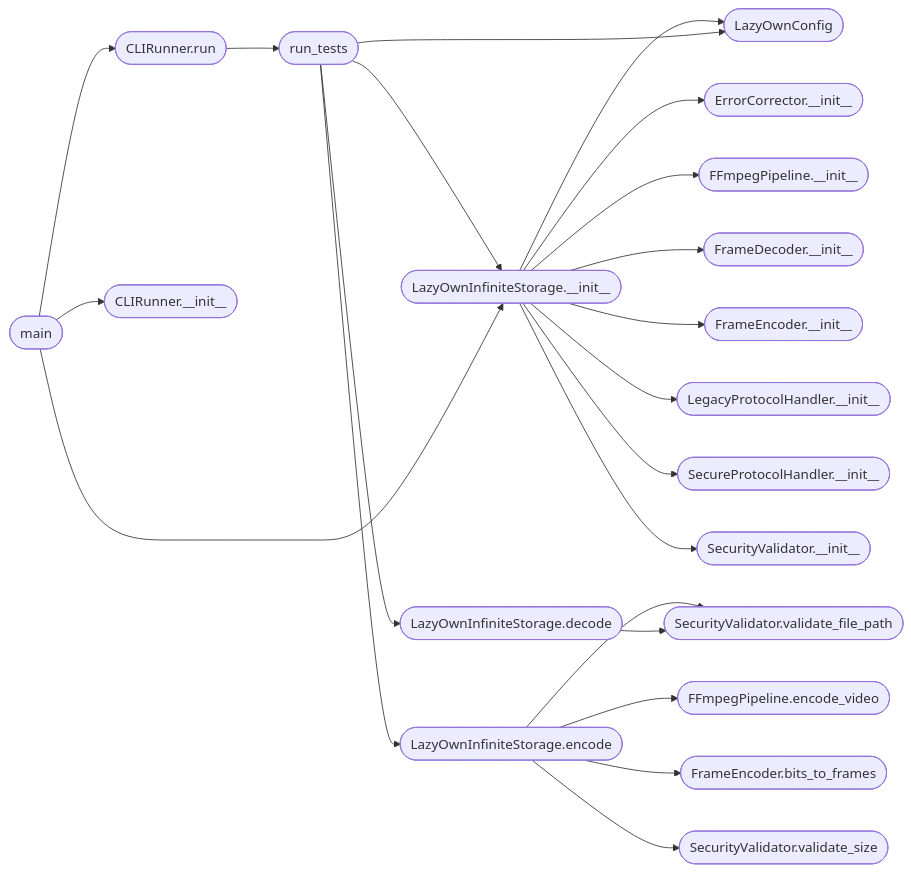
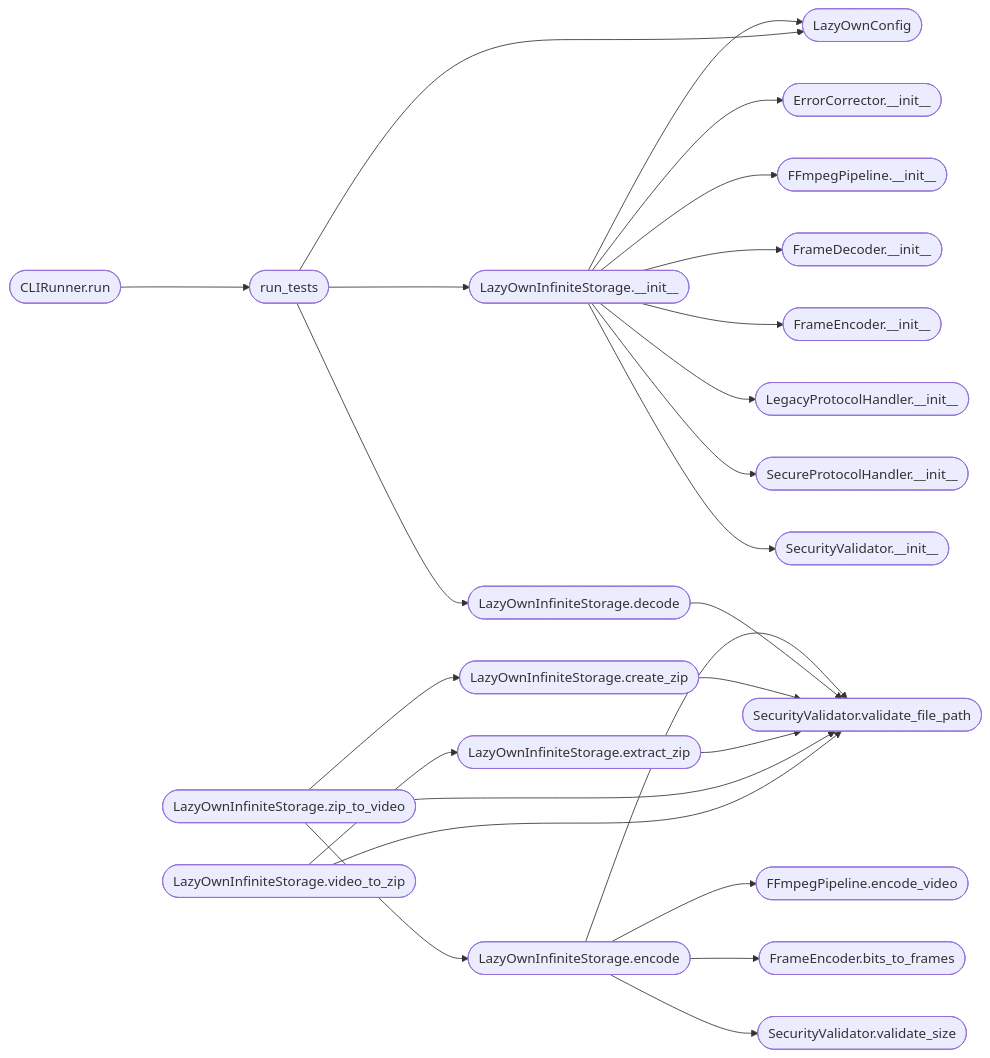
The second of 2 diagrams in readmenator-apidocs/modules/lazyown_infinitestorage.py.md (grisuno/LazyOwnInfiniteStorage), drawn with Mermaid before and after one commit. The commit also changed other lines of this file and 86 other files, not shown here.

````diff
--- a/readmenator-apidocs/modules/lazyown_infinitestorage.py.md
+++ b/readmenator-apidocs/modules/lazyown_infinitestorage.py.md
@@ -92,43 +96,48 @@
 ```mermaid
 flowchart LR
     n_lazyown_infinitestorage_py__LazyOwnInfiniteStorage___init__(["LazyOwnInfiniteStorage.__init__"])
     n_lazyown_infinitestorage_py__ErrorCorrector___init__(["ErrorCorrector.__init__"])
     n_lazyown_infinitestorage_py__FFmpegPipeline___init__(["FFmpegPipeline.__init__"])
     n_lazyown_infinitestorage_py__FrameDecoder___init__(["FrameDecoder.__init__"])
     n_lazyown_infinitestorage_py__FrameEncoder___init__(["FrameEncoder.__init__"])
     n_lazyown_infinitestorage_py__LazyOwnConfig(["LazyOwnConfig"])
     n_lazyown_infinitestorage_py__LegacyProtocolHandler___init__(["LegacyProtocolHandler.__init__"])
     n_lazyown_infinitestorage_py__SecureProtocolHandler___init__(["SecureProtocolHandler.__init__"])
     n_lazyown_infinitestorage_py__SecurityValidator___init__(["SecurityValidator.__init__"])
     n_lazyown_infinitestorage_py__LazyOwnInfiniteStorage_encode(["LazyOwnInfiniteStorage.encode"])
     n_lazyown_infinitestorage_py__FFmpegPipeline_encode_video(["FFmpegPipeline.encode_video"])
     n_lazyown_infinitestorage_py__FrameEncoder_bits_to_frames(["FrameEncoder.bits_to_frames"])
     n_lazyown_infinitestorage_py__SecurityValidator_validate_file_path(["SecurityValidator.validate_file_path"])
     n_lazyown_infinitestorage_py__SecurityValidator_validate_size(["SecurityValidator.validate_size"])
     n_lazyown_infinitestorage_py__LazyOwnInfiniteStorage_decode(["LazyOwnInfiniteStorage.decode"])
+    n_lazyown_infinitestorage_py__LazyOwnInfiniteStorage_create_zip(["LazyOwnInfiniteStorage.create_zip"])
+    n_lazyown_infinitestorage_py__LazyOwnInfiniteStorage_extract_zip(["LazyOwnInfiniteStorage.extract_zip"])
+    n_lazyown_infinitestorage_py__LazyOwnInfiniteStorage_zip_to_video(["LazyOwnInfiniteStorage.zip_to_video"])
+    n_lazyown_infinitestorage_py__LazyOwnInfiniteStorage_video_to_zip(["LazyOwnInfiniteStorage.video_to_zip"])
     n_lazyown_infinitestorage_py__CLIRunner_run(["CLIRunner.run"])
     n_lazyown_infinitestorage_py__run_tests(["run_tests"])
-    n_lazyown_infinitestorage_py__main(["main"])
-    n_lazyown_infinitestorage_py__CLIRunner___init__(["CLIRunner.__init__"])
     n_lazyown_infinitestorage_py__LazyOwnInfiniteStorage___init__ --> n_lazyown_infinitestorage_py__ErrorCorrector___init__
     n_lazyown_infinitestorage_py__LazyOwnInfiniteStorage___init__ --> n_lazyown_infinitestorage_py__FFmpegPipeline___init__
     n_lazyown_infinitestorage_py__LazyOwnInfiniteStorage___init__ --> n_lazyown_infinitestorage_py__FrameDecoder___init__
     n_lazyown_infinitestorage_py__LazyOwnInfiniteStorage___init__ --> n_lazyown_infinitestorage_py__FrameEncoder___init__
     n_lazyown_infinitestorage_py__LazyOwnInfiniteStorage___init__ --> n_lazyown_infinitestorage_py__LazyOwnConfig
     n_lazyown_infinitestorage_py__LazyOwnInfiniteStorage___init__ --> n_lazyown_infinitestorage_py__LegacyProtocolHandler___init__
     n_lazyown_infinitestorage_py__LazyOwnInfiniteStorage___init__ --> n_lazyown_infinitestorage_py__SecureProtocolHandler___init__
     n_lazyown_infinitestorage_py__LazyOwnInfiniteStorage___init__ --> n_lazyown_infinitestorage_py__SecurityValidator___init__
     n_lazyown_infinitestorage_py__LazyOwnInfiniteStorage_encode --> n_lazyown_infinitestorage_py__FFmpegPipeline_encode_video
     n_lazyown_infinitestorage_py__LazyOwnInfiniteStorage_encode --> n_lazyown_infinitestorage_py__FrameEncoder_bits_to_frames
     n_lazyown_infinitestorage_py__LazyOwnInfiniteStorage_encode --> n_lazyown_infinitestorage_py__SecurityValidator_validate_file_path
     n_lazyown_infinitestorage_py__LazyOwnInfiniteStorage_encode --> n_lazyown_infinitestorage_py__SecurityValidator_validate_size
     n_lazyown_infinitestorage_py__LazyOwnInfiniteStorage_decode --> n_lazyown_infinitestorage_py__SecurityValidator_validate_file_path
+    n_lazyown_infinitestorage_py__LazyOwnInfiniteStorage_create_zip --> n_lazyown_infinitestorage_py__SecurityValidator_validate_file_path
+    n_lazyown_infinitestorage_py__LazyOwnInfiniteStorage_extract_zip --> n_lazyown_infinitestorage_py__SecurityValidator_validate_file_path
+    n_lazyown_infinitestorage_py__LazyOwnInfiniteStorage_zip_to_video --> n_lazyown_infinitestorage_py__LazyOwnInfiniteStorage_create_zip
+    n_lazyown_infinitestorage_py__LazyOwnInfiniteStorage_zip_to_video --> n_lazyown_infinitestorage_py__LazyOwnInfiniteStorage_encode
+    n_lazyown_infinitestorage_py__LazyOwnInfiniteStorage_zip_to_video --> n_lazyown_infinitestorage_py__SecurityValidator_validate_file_path
+    n_lazyown_infinitestorage_py__LazyOwnInfiniteStorage_video_to_zip --> n_lazyown_infinitestorage_py__LazyOwnInfiniteStorage_extract_zip
+    n_lazyown_infinitestorage_py__LazyOwnInfiniteStorage_video_to_zip --> n_lazyown_infinitestorage_py__SecurityValidator_validate_file_path
     n_lazyown_infinitestorage_py__CLIRunner_run --> n_lazyown_infinitestorage_py__run_tests
     n_lazyown_infinitestorage_py__run_tests --> n_lazyown_infinitestorage_py__LazyOwnConfig
     n_lazyown_infinitestorage_py__run_tests --> n_lazyown_infinitestorage_py__LazyOwnInfiniteStorage___init__
     n_lazyown_infinitestorage_py__run_tests --> n_lazyown_infinitestorage_py__LazyOwnInfiniteStorage_decode
-    n_lazyown_infinitestorage_py__run_tests --> n_lazyown_infinitestorage_py__LazyOwnInfiniteStorage_encode
-    n_lazyown_infinitestorage_py__main --> n_lazyown_infinitestorage_py__CLIRunner___init__
-    n_lazyown_infinitestorage_py__main --> n_lazyown_infinitestorage_py__CLIRunner_run
-    n_lazyown_infinitestorage_py__main --> n_lazyown_infinitestorage_py__LazyOwnInfiniteStorage___init__
 ```
````
